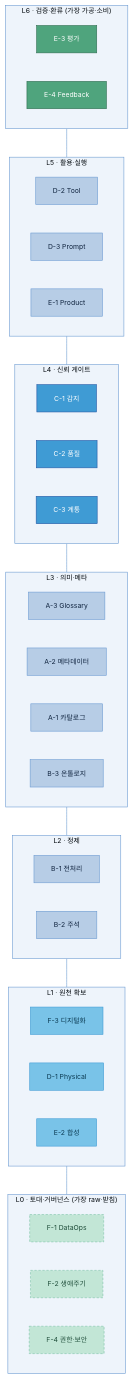
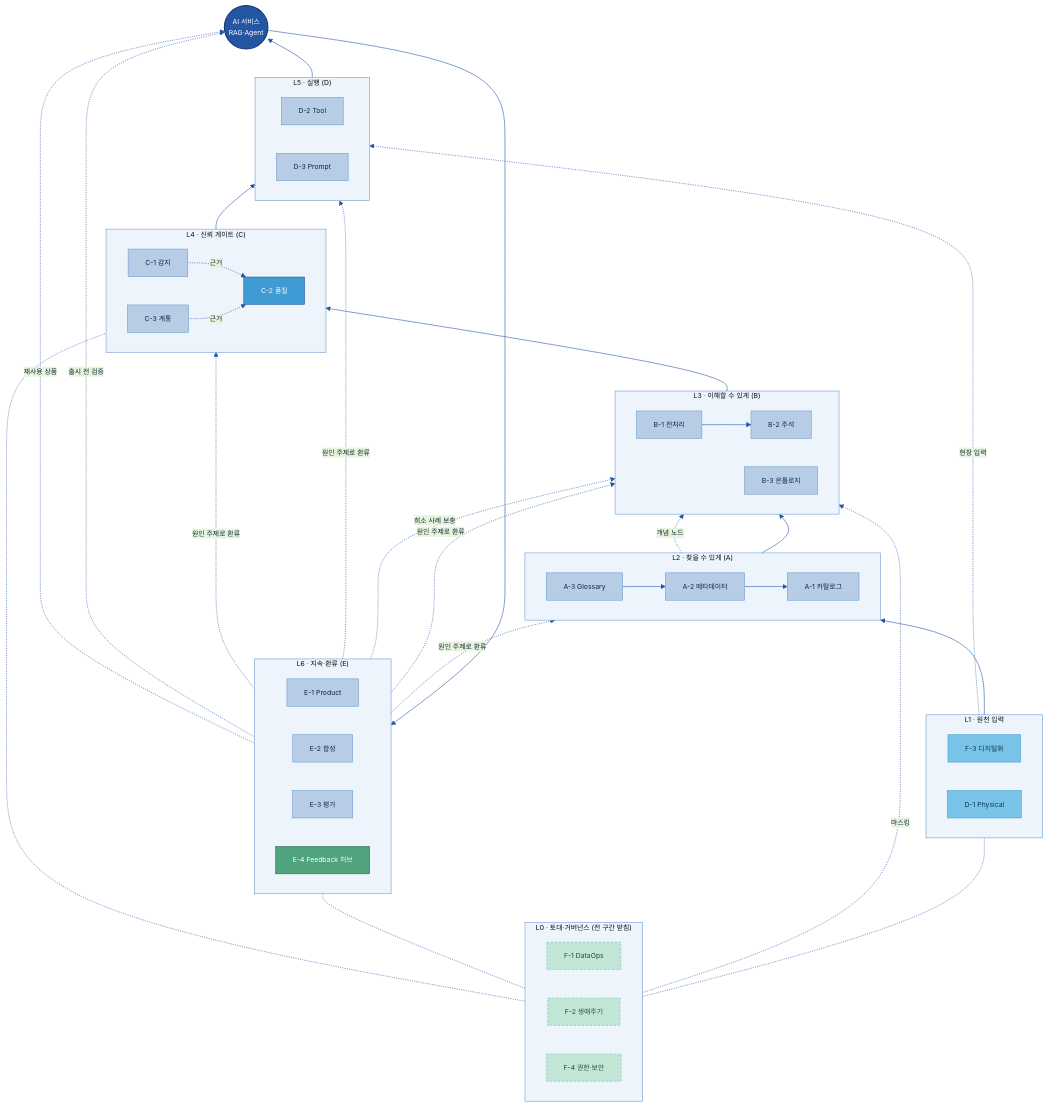
One commit to jin-kearney/ai-ready-data-manual changed the third of 7 diagrams in 전체 목차/00 전체 목차 (20개 주제).md. Above: the diagram before and after it, drawn with Mermaid. The commit also changed other lines of this file, not shown here.

Commit message:
docs(00 목차): ③을 ①과 정합되는 '레벨×흐름 전체 그림'으로 교체
옛 ③(레벨 맵)이 ①과 어긋남(A→B 순서 역전, E 주제 층 분산)을 바로잡음:
- ③을 ①(의존 흐름)과 같은 노드·관계로 두되 레벨(높이) 축(BT)으로 재배치
  토대(F) → 원천(F-3·D-1) → A → B → C 게이트 → D → AI → E 지속·환류
- ①의 핵심 엣지 그대로 보존(SRC→GA→…→AI, A2→B3, E2→GB, AI→E4,
  E4 환류→A·B·C·D, FND 받침) + D-1→실행 cross-level 링크 명시
- 레벨이 글자군과 어긋나는 지점(D-1·F-3=원천, F-1·F-2·F-4=토대)을 드러냄
- ④~⑦은 이 전체 그림의 부분 확대로 위치(②는 유지)

````diff
--- a/전체 목차/00 전체 목차 (20개 주제).md
+++ b/전체 목차/00 전체 목차 (20개 주제).md
@@ -98,59 +98,63 @@
 ```mermaid
-%%{init: {'theme':'base','themeVariables':{'primaryColor':'#DCE8F5','primaryBorderColor':'#2456A4','primaryTextColor':'#10243f','lineColor':'#6B9AD1','clusterBkg':'#EEF4FB','clusterBorder':'#6B9AD1','fontSize':'12px'}}}%%
-flowchart TB
-    subgraph L6["L6 · 검증·환류 (가장 가공·소비)"]
+%%{init: {'theme':'base','themeVariables':{'primaryColor':'#DCE8F5','primaryBorderColor':'#2456A4','primaryTextColor':'#10243f','lineColor':'#2456A4','clusterBkg':'#EEF4FB','clusterBorder':'#6B9AD1','fontSize':'12px'}}}%%
+flowchart BT
+    subgraph FND["L0 · 토대·거버넌스 (전 구간 받침)"]
       direction LR
-      E3["E-3 평가"]
-      E4["E-4 Feedback"]
+      F1["F-1 DataOps"]:::cross
+      F2["F-2 생애주기"]:::cross
+      F4["F-4 권한·보안"]:::cross
     end
-    subgraph L5["L5 · 활용·실행"]
+    subgraph SRC["L1 · 원천 입력"]
       direction LR
-      D2["D-2 Tool"]
-      D3["D-3 Prompt"]
-      E1["E-1 Product"]
+      F3["F-3 디지털화"]:::src
+      D1["D-1 Physical"]:::src
     end
-    subgraph L4["L4 · 신뢰 게이트"]
+    subgraph GA["L2 · 찾을 수 있게 (A)"]
       direction LR
-      C1["C-1 감지"]
-      C2["C-2 품질"]
-      C3["C-3 계통"]
+      A3["A-3 Glossary"]:::n --> A2["A-2 메타데이터"]:::n --> A1["A-1 카탈로그"]:::n
     end
-    subgraph L3["L3 · 의미·메타"]
+    subgraph GB["L3 · 이해할 수 있게 (B)"]
       direction LR
-      A3["A-3 Glossary"]
-      A2["A-2 메타데이터"]
-      A1["A-1 카탈로그"]
-      B3["B-3 온톨로지"]
+      B1["B-1 전처리"]:::n --> B2["B-2 주석"]:::n
+      B3["B-3 온톨로지"]:::n
     end
-    subgraph L2["L2 · 정제"]
+    subgraph GC["L4 · 신뢰 게이트 (C)"]
       direction LR
-      B1["B-1 전처리"]
-      B2["B-2 주석"]
+      C1["C-1 감지"]:::n
+      C3["C-3 계통"]:::n
+      C2["C-2 품질"]:::gate
     end
-    subgraph L1["L1 · 원천 확보"]
+    subgraph GD["L5 · 실행 (D)"]
       direction LR
-      F3["F-3 디지털화"]
-      D1["D-1 Physical"]
-      E2["E-2 합성"]
+      D2["D-2 Tool"]:::n
+      D3["D-3 Prompt"]:::n
     end
-    subgraph L0["L0 · 토대·거버넌스 (가장 raw·받침)"]
+    AI(("AI 서비스<br/>RAG·Agent")):::cat
+    subgraph GE["L6 · 지속·환류 (E)"]
       direction LR
-      F1["F-1 DataOps"]
-      F2["F-2 생애주기"]
-      F4["F-4 권한·보안"]
+      E1["E-1 Product"]:::n
+      E2["E-2 합성"]:::n
+      E3["E-3 평가"]:::n
+      E4["E-4 Feedback 허브"]:::loop
     end
-    L6 --- L5 --- L4 --- L3 --- L2 --- L1 --- L0
+
+    SRC --> GA --> GB --> GC --> GD --> AI
+    A2 -.개념 노드.-> B3
+    C1 -.근거.-> C2
+    C3 -.근거.-> C2
+    D1 -.현장 입력.-> GD
+    E2 -.희소 사례 보충.-> GB
+    E1 -.재사용 상품.-> AI
+    E3 -.출시 전 검증.-> AI
+    AI --> E4
+    E4 -. 원인 주제로 환류 .-> GA & GB & GC & GD
+    F4 -.마스킹.-> GB
+    FND -.- SRC & GC & GE
 
     classDef n fill:#B7CDE6,stroke:#6B9AD1,color:#10243f;
     classDef src fill:#79C3E8,stroke:#3F9BD4,color:#0b3a52;
+    classDef cat fill:#2456A4,color:#fff,stroke:#163a73,stroke-width:2px;
     classDef gate fill:#3F9BD4,stroke:#2456A4,color:#fff;
     classDef loop fill:#4FA47D,stroke:#2f6b50,color:#fff;
     classDef cross fill:#C2E6D6,stroke:#7CC2A7,color:#1f4d3a,stroke-dasharray:4 3;
-    class E3,E4 loop;
-    class D2,D3,E1 n;
-    class C1,C2,C3 gate;
-    class A3,A2,A1,B3 n;
-    class B1,B2 n;
-    class F3,D1,E2 src;
-    class F1,F2,F4 cross;
 ```
````
